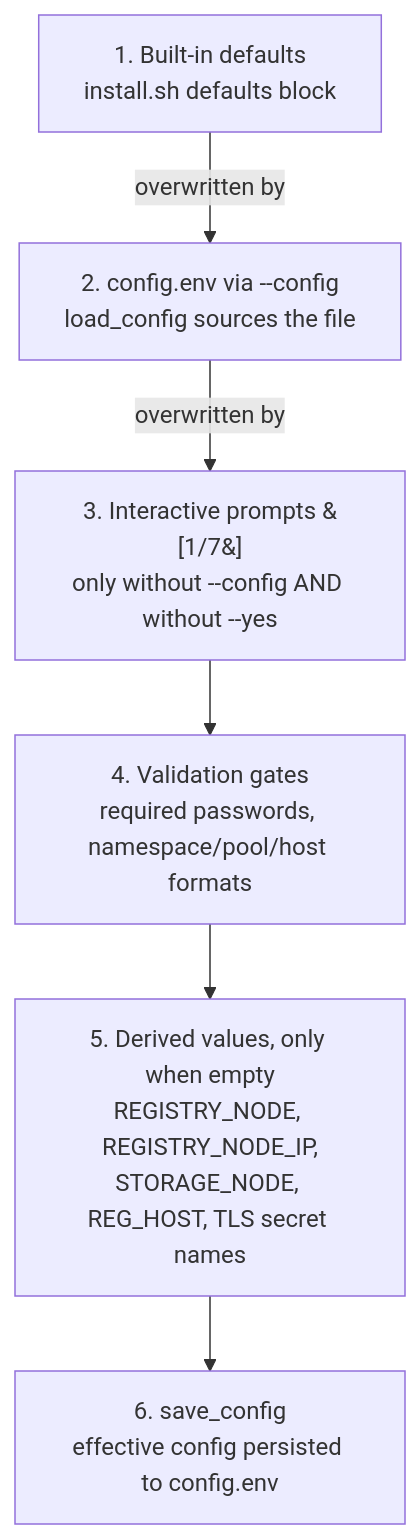
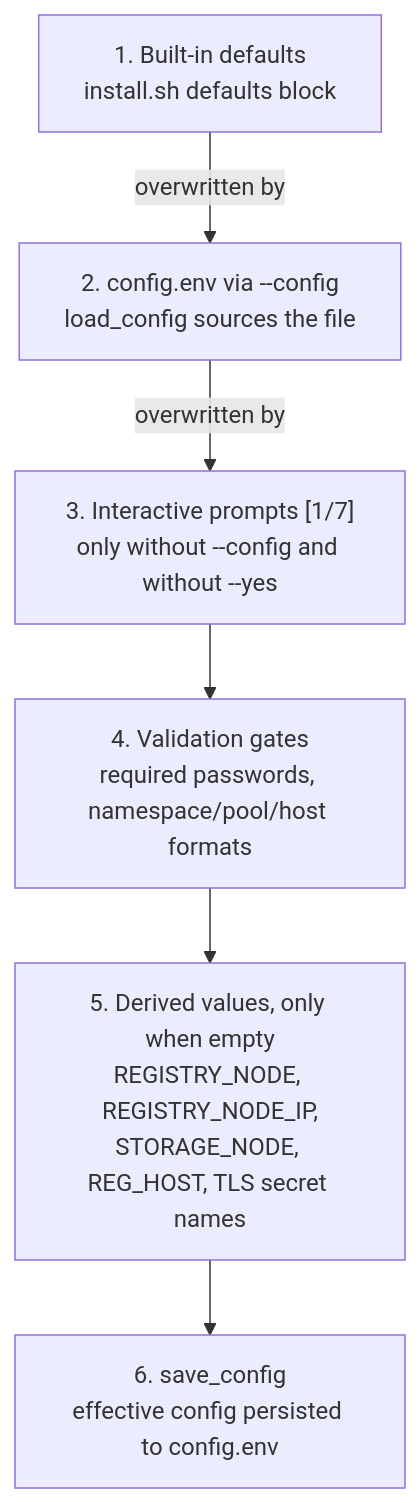
Before and after one commit to XunliYang/openan-installation: the fifth of 5 diagrams in docs/offline-install-architecture.md, drawn with Mermaid. The commit also changed other lines of this file and 3 other files, not shown here.

First line of the commit message:
fix(docs): repair mermaid diagrams broken by entities and invalid edge targets

````diff
--- a/docs/offline-install-architecture.md
+++ b/docs/offline-install-architecture.md
@@ -289,9 +289,9 @@
 ```mermaid
 flowchart TD
     D1[1. Built-in defaults<br/>install.sh defaults block] -->|overwritten by| C1
     C1[2. config.env via --config<br/>load_config sources the file] -->|overwritten by| P1
-    P1[3. Interactive prompts &#91;1/7&#93;<br/>only without --config AND without --yes] --> V1
+    P1["3. Interactive prompts [1/7]<br/>only without --config and without --yes"] --> V1
     V1[4. Validation gates<br/>required passwords, namespace/pool/host formats] --> DER
     DER[5. Derived values, only when empty<br/>REGISTRY_NODE, REGISTRY_NODE_IP,<br/>STORAGE_NODE, REG_HOST, TLS secret names] --> SAVE
     SAVE[6. save_config<br/>effective config persisted to config.env]
 ```
````
